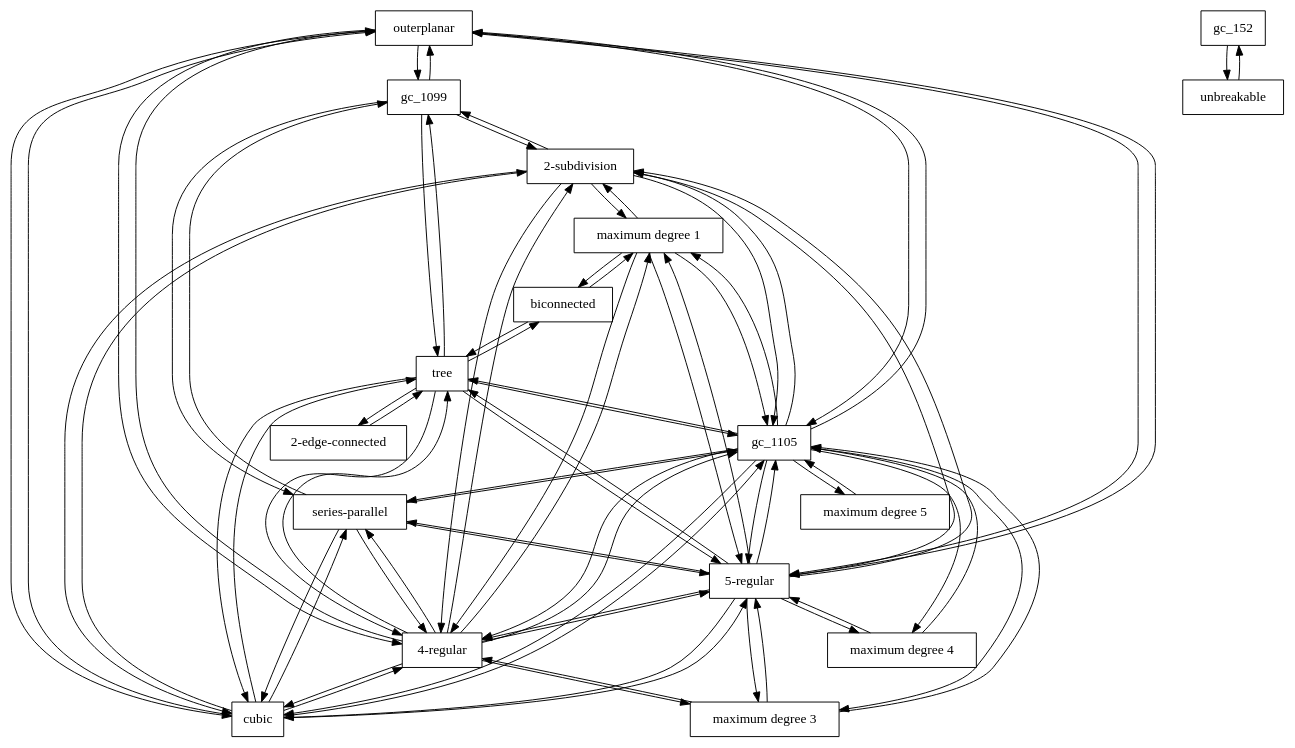
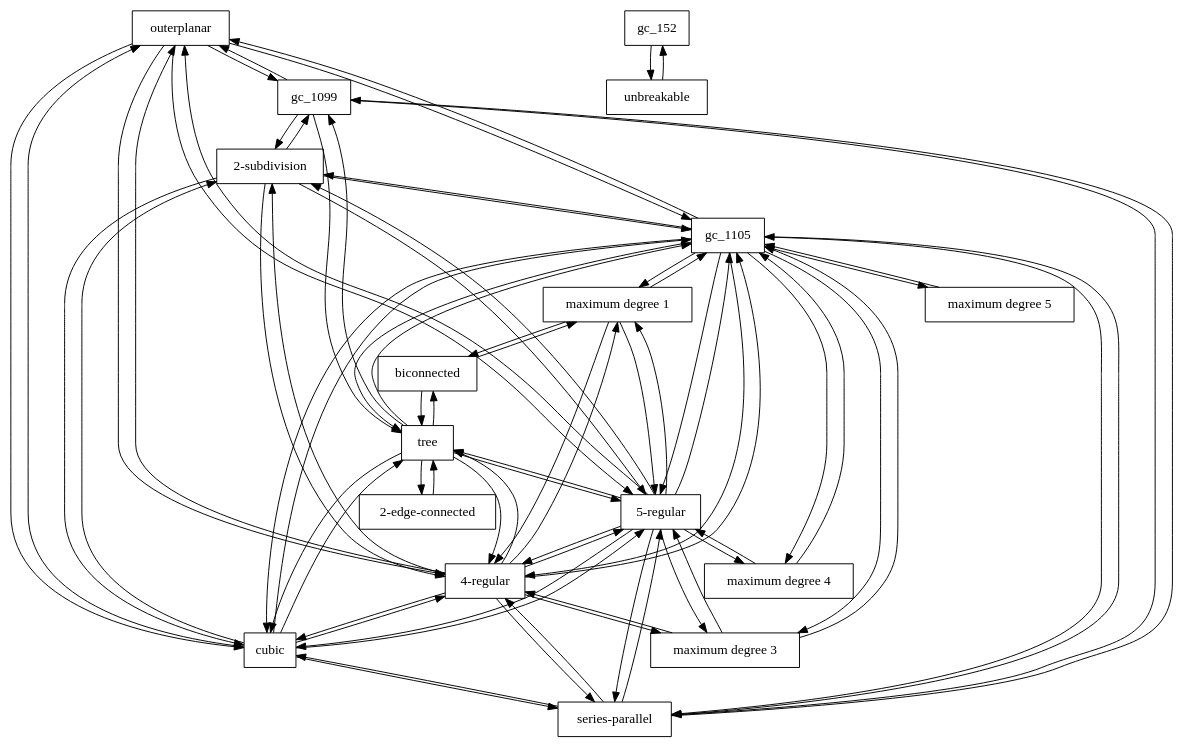
Before and after one commit to alabarre/graphotaxy: the diagram in src/isgci/exclusion-graph.dot, drawn with Graphviz. The commit also changed 11 other files, not shown here.

```diff
--- a/src/isgci/exclusion-graph.dot
+++ b/src/isgci/exclusion-graph.dot
@@ -1,143 +1,143 @@
 digraph G {
     node [shape=rect]
     // graph classes ----------------------------------------------------------
     gc_110  [label="outerplanar"]
     gc_152  [texlbl="$P_4$-free"]
     gc_277  [label="unbreakable"]
     gc_275  [label="series-parallel"]
     gc_342  [label="tree"]
     gc_717 [label="maximum degree 4"]
     gc_720 [label="maximum degree 3"]
     gc_771  [label="biconnected"]
     gc_1099 [texlbl="$k$-regular, fixed $k\ge 3$"]
     gc_1100 [label="cubic"]
     gc_1101 [label="4-regular"]
     gc_1104 [label="5-regular"]
     gc_1105 [texlbl="$k$-regular, fixed $k\ge 6$"]
     gc_1139 [label="maximum degree 5"]
     gc_1299 [label="maximum degree 1"]
     gc_1362 [label="2-edge-connected"]
     gc_472 [label="2-subdivision"]
     
     
     
 //     gc_1119 [label="maximum degree 6"] // not used yet
 //     gc_1090 [label="maximum degree 7"] // not used yet
     
     
     // relationships involving trees ------------------------------------------
     // trees are not 2-edge-connected
     gc_342 -> gc_1362
     gc_1362 -> gc_342
 
     // trees are not 2-vertex-connected
     gc_342 -> gc_771
     gc_771 -> gc_342
 
     // no tree is k-regular for any k >= 3
     gc_342 -> gc_1099 // k >= 3
     gc_1099 -> gc_342 // k >= 3
     gc_342 -> gc_1100 // k = 3 
     gc_1100 -> gc_342 // k = 3
     gc_342 -> gc_1101 // k = 4
     gc_1101 -> gc_342 // k = 4
     gc_342 -> gc_1104 // k = 5
     gc_1104 -> gc_342 // k = 5
     gc_342 -> gc_1105 // k >= 6
     gc_1105 -> gc_342 // k >= 6
     
     // relationships involving bounded degrees --------------------------------
     // maximum degree k -> not p-regular for any p > k
     gc_1299 -> gc_1101 // k = 1, p = 4
     gc_1101 -> gc_1299 // k = 1, p = 4
     gc_1299 -> gc_1104 // k = 1, p = 5
     gc_1104 -> gc_1299 // k = 1, p = 5
     gc_1299 -> gc_1105 // k = 1, p >= 6
     gc_1105 -> gc_1299 // k = 1, p >= 6
 
     gc_720 -> gc_1101 // k = 3, p = 4
     gc_1101 -> gc_720 // k = 3, p = 4
     gc_720 -> gc_1104 // k = 3, p = 5
     gc_1104 -> gc_720 // k = 3, p = 5
     gc_720 -> gc_1105 // k = 3, p >= 6
     gc_1105 -> gc_720 // k = 3, p >= 6
 
     gc_717 -> gc_1104 // k = 4, p = 5
     gc_1104 -> gc_717 // k = 4, p = 5
     gc_717 -> gc_1105 // k = 4, p >= 6
     gc_1105 -> gc_717 // k = 4, p >= 6
 
     gc_1139 -> gc_1105 // k = 5, p >= 6
     gc_1105 -> gc_1139 // k = 5, p >= 6
     
     // k-regular -> not p-regular for any p != k
     gc_1100 -> gc_1101 // k = 3, p = 4
     gc_1101 -> gc_1100 // k = 3, p = 4
     gc_1100 -> gc_1104 // k = 3, p = 5
     gc_1104 -> gc_1100 // k = 3, p = 5
     gc_1100 -> gc_1105 // k = 3, p = 6
     gc_1105 -> gc_1100 // k = 3, p = 6
     gc_1101 -> gc_1104 // k = 4, p = 5
     gc_1104 -> gc_1101 // k = 4, p = 5
     gc_1101 -> gc_1105 // k = 4, p = 6
     gc_1105 -> gc_1101 // k = 4, p = 6
     gc_1104 -> gc_1105 // k = 5, p = 6
     gc_1105 -> gc_1104 // k = 5, p = 6
 
     // series-parallel <-> not k-regular for any k >= 3
     gc_275 -> gc_1099 // k >= 3
     gc_1099 -> gc_275 // k >= 3
     gc_275 -> gc_1100 // k = 3 
     gc_1100 -> gc_275 // k = 3
     gc_275 -> gc_1101 // k = 4
     gc_1101 -> gc_275 // k = 4
     gc_275 -> gc_1104 // k = 5
     gc_1104 -> gc_275 // k = 5
     gc_275 -> gc_1105 // k >= 6
     gc_1105 -> gc_275 // k >= 6
    
     // outerplanar <-> not k-regular for any k >= 3
     gc_110 -> gc_1099 // k >= 3
     gc_1099 -> gc_110 // k >= 3
     gc_110 -> gc_1100 // k = 3 
     gc_1100 -> gc_110 // k = 3
     gc_110 -> gc_1101 // k = 4
     gc_1101 -> gc_110 // k = 4
     gc_110 -> gc_1104 // k = 5
     gc_1104 -> gc_110 // k = 5
     gc_110 -> gc_1105 // k >= 6
     gc_1105 -> gc_110 // k >= 6
     
     
-    // other classes ----------------------------------------------------------
+    // other classes ------------------------------------------------------------------------------
     // unbreakable graphs contain a P_4
     gc_277 -> gc_152
     gc_152 -> gc_277 
     
     // biconnected graphs have minimum degree 2
     gc_771 -> gc_1299
     gc_1299 -> gc_771
 
-    // by construction, 2-subdivisions (gc_472) have minimum degree 2, so we exclude:
+    // by construction, 2-subdivisions (gc_472) cannot have minimum degree > 2, so we exclude:
     //  - gc_1099 [texlbl="$k$-regular, fixed $k\ge 3$"]
     //  - gc_1100 [label="cubic"]
     //  - gc_1101 [label="4-regular"]
     //  - gc_1104 [label="5-regular"]
     //  - gc_1105 [texlbl="$k$-regular, fixed $k\ge 6$"]
-    //  - gc_1299 [label="maximum degree 1"]
+    //
+    // we do not exclude gc_1299 [label="maximum degree 1"], because a 2-subdivision might consist
+    // of isolated vertices if the original graph to subdivide was edgeless
     gc_472 -> gc_1099
     gc_472 -> gc_1100
     gc_472 -> gc_1101
     gc_472 -> gc_1104
     gc_472 -> gc_1105
-    gc_472 -> gc_1299
     // and the other way around
     gc_1099 -> gc_472
     gc_1100 -> gc_472
     gc_1101 -> gc_472
     gc_1104 -> gc_472
     gc_1105 -> gc_472
-    gc_1299 -> gc_472
 
 
 }
```
